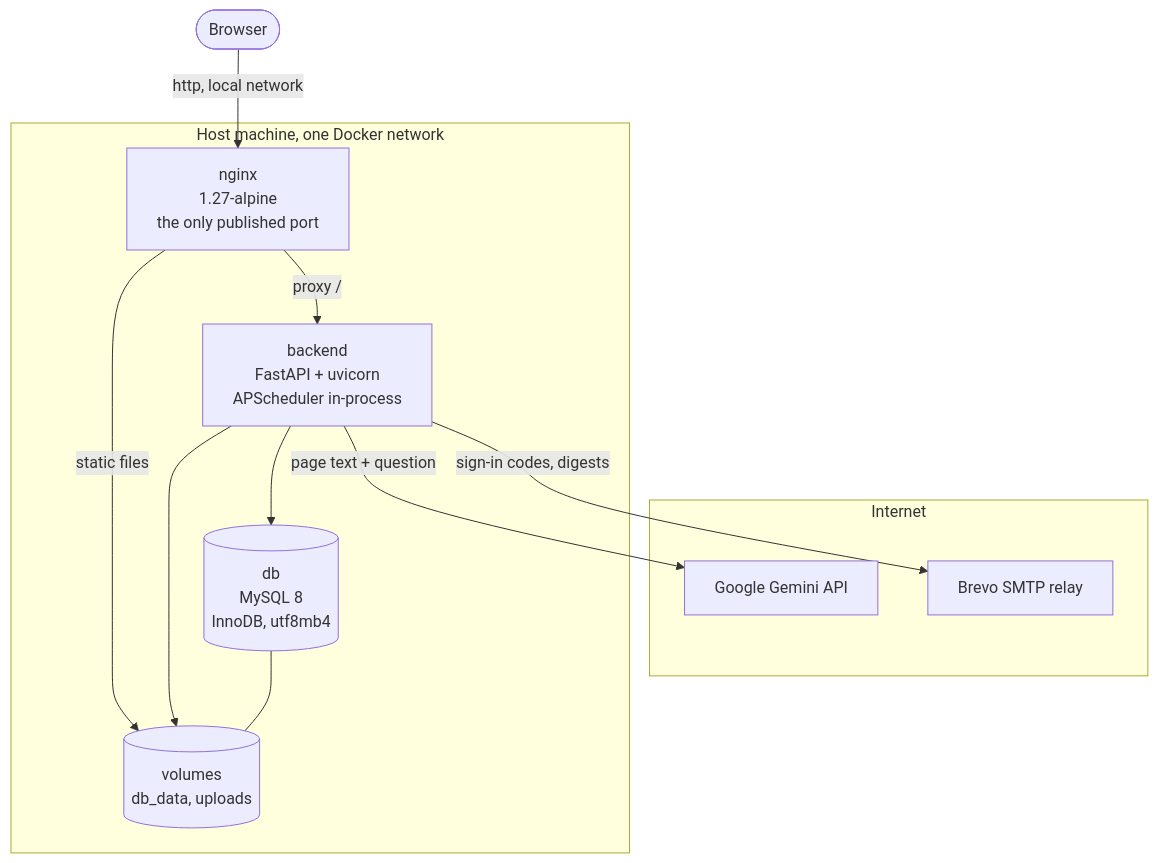
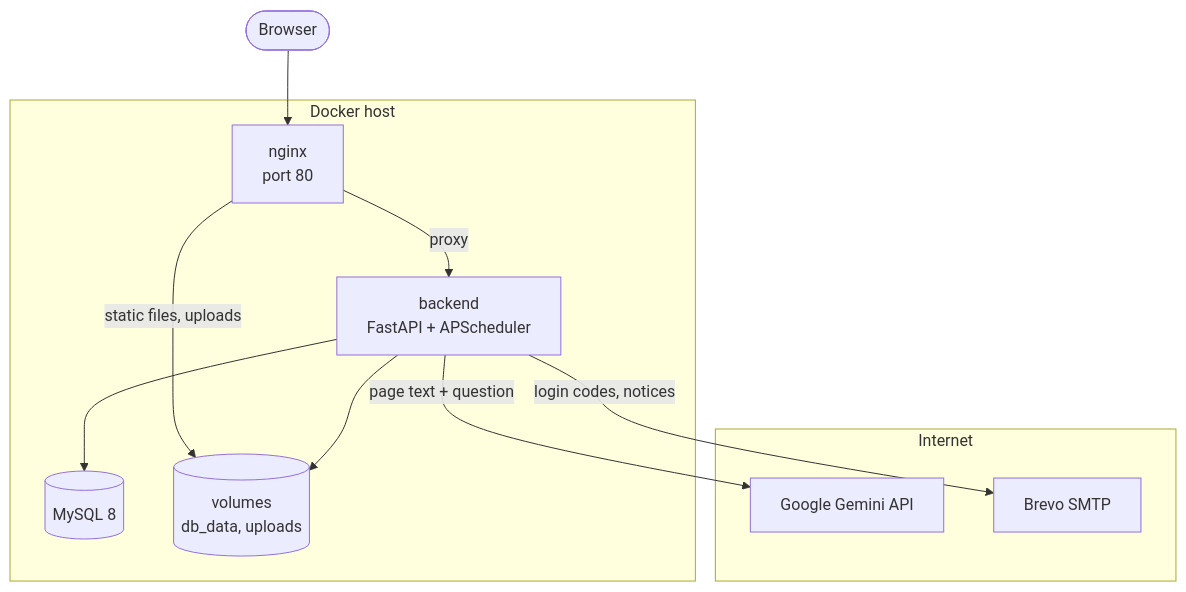
Before and after one commit to xTurki/awarness_project: the third of 10 diagrams in docs/system-analysis-and-design.md, drawn with Mermaid. The commit also changed other lines of this file and 147 other files, not shown here.

````diff
--- a/docs/system-analysis-and-design.md
+++ b/docs/system-analysis-and-design.md
@@ -286,25 +202,24 @@
 ```mermaid
 flowchart TB
     USER(["Browser"])
 
     subgraph Internet
         GEM[Google Gemini API]
-        SMTP["Brevo SMTP relay"]
+        SMTP["Brevo SMTP"]
     end
 
-    subgraph HOST["Host machine, one Docker network"]
-        NG["nginx<br/>1.27-alpine<br/>the only published port"]
-        BE["backend<br/>FastAPI + uvicorn<br/>APScheduler in-process"]
-        DB[("db<br/>MySQL 8<br/>InnoDB, utf8mb4")]
+    subgraph HOST["Docker host"]
+        NG["nginx<br/>port 80"]
+        BE["backend<br/>FastAPI + APScheduler"]
+        DB[("MySQL 8")]
         VOL[("volumes<br/>db_data, uploads")]
     end
 
-    USER -->|"http, local network"| NG
-    NG -->|"static files"| VOL
-    NG -->|"proxy /"| BE
+    USER --> NG
+    NG -->|"static files, uploads"| VOL
+    NG -->|"proxy"| BE
     BE --> DB
     BE --> VOL
     BE -->|"page text + question"| GEM
-    BE -->|"sign-in codes, digests"| SMTP
-    DB --- VOL
+    BE -->|"login codes, notices"| SMTP
 ```
````
